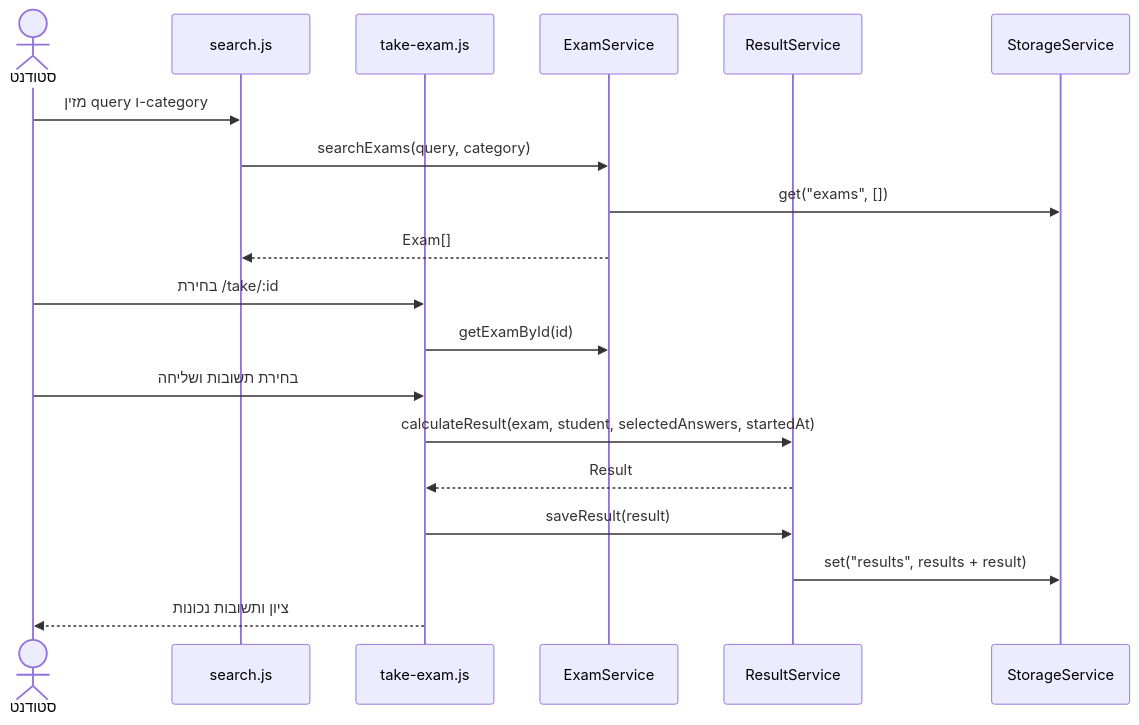
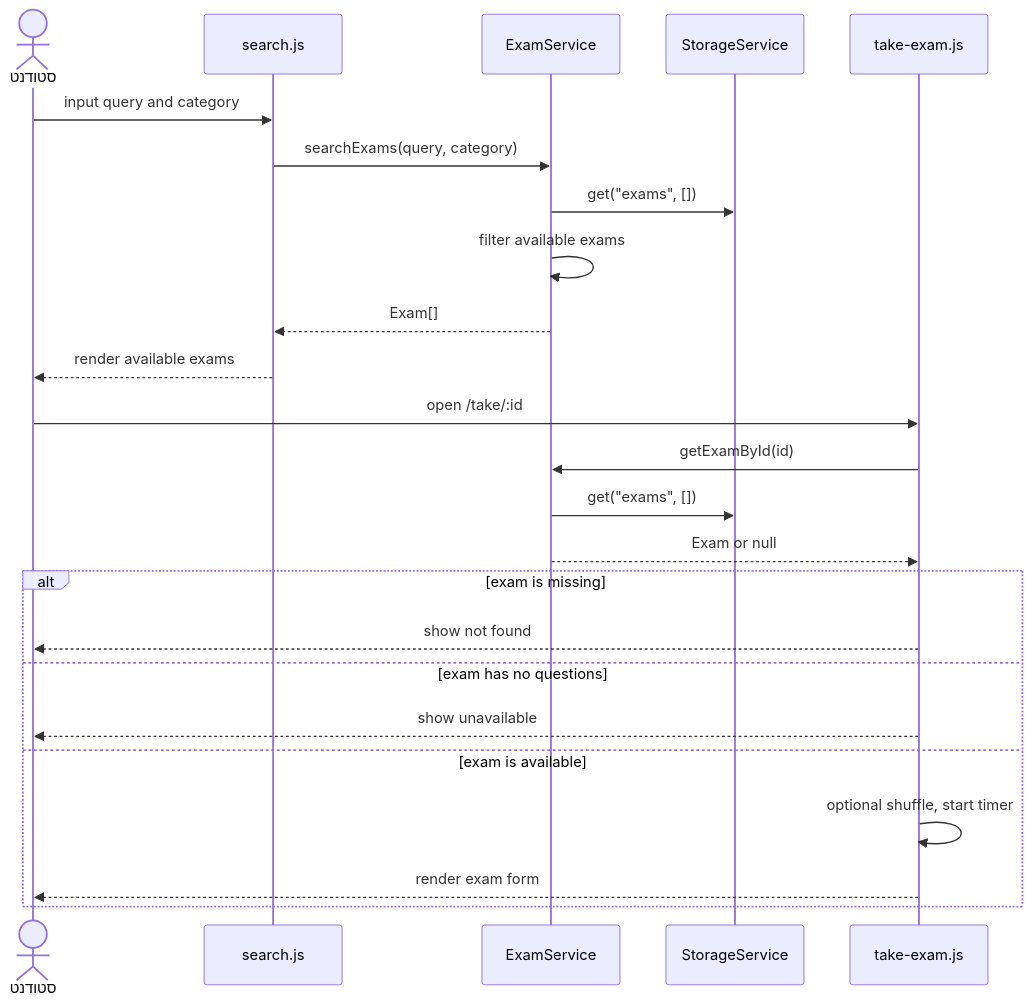
Before and after one commit to ebraheem222-tech/QuizProj: the ninth of 11 diagrams in TECHNICAL_DOCUMENT.md, drawn with Mermaid. The commit also changed other lines of this file and 7 other files, not shown here.

Commit message:
Correct and verify system flow documentation

````diff
--- a/TECHNICAL_DOCUMENT.md
+++ b/TECHNICAL_DOCUMENT.md
@@ -342,22 +486,27 @@
 ```mermaid
 sequenceDiagram
   actor Student as סטודנט
   participant SearchPage as search.js
+  participant Exams as ExamService
+  participant Storage as StorageService
   participant TakePage as take-exam.js
-  participant ExamService
-  participant ResultService
-  participant Storage as StorageService
 
-  Student->>SearchPage: מזין query ו-category
-  SearchPage->>ExamService: searchExams(query, category)
-  ExamService->>Storage: get("exams", [])
-  ExamService-->>SearchPage: Exam[]
-  Student->>TakePage: בחירת /take/:id
-  TakePage->>ExamService: getExamById(id)
-  Student->>TakePage: בחירת תשובות ושליחה
-  TakePage->>ResultService: calculateResult(exam, student, selectedAnswers, startedAt)
-  ResultService-->>TakePage: Result
-  TakePage->>ResultService: saveResult(result)
-  ResultService->>Storage: set("results", results + result)
-  TakePage-->>Student: ציון ותשובות נכונות
+  Student->>SearchPage: input query and category
+  SearchPage->>Exams: searchExams(query, category)
+  Exams->>Storage: get("exams", [])
+  Exams->>Exams: filter available exams
+  Exams-->>SearchPage: Exam[]
+  SearchPage-->>Student: render available exams
+  Student->>TakePage: open /take/:id
+  TakePage->>Exams: getExamById(id)
+  Exams->>Storage: get("exams", [])
+  Exams-->>TakePage: Exam or null
+  alt exam is missing
+    TakePage-->>Student: show not found
+  else exam has no questions
+    TakePage-->>Student: show unavailable
+  else exam is available
+    TakePage->>TakePage: optional shuffle, start timer
+    TakePage-->>Student: render exam form
+  end
 ```
````
